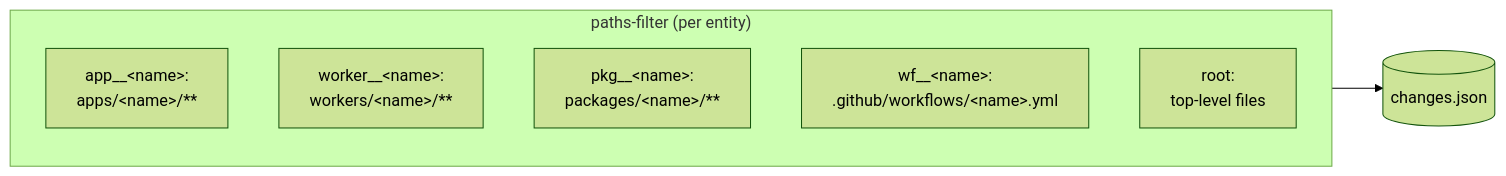
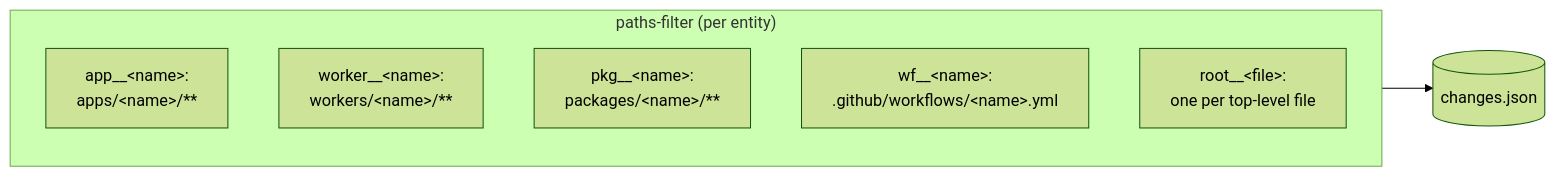
One commit to soroush-tech/core changed the third of 6 diagrams in .github/workflows/README.md. Above: the diagram before and after it, drawn with Mermaid (forest theme). The commit also changed other lines of this file and 21 other files, not shown here.

````diff
--- a/.github/workflows/README.md
+++ b/.github/workflows/README.md
@@ -116,11 +124,11 @@
 ```mermaid
 flowchart LR
     subgraph filters["paths-filter (per entity)"]
         appf["app__&lt;name&gt;:<br/>apps/&lt;name&gt;/**"]
         workerf["worker__&lt;name&gt;:<br/>workers/&lt;name&gt;/**"]
         pkgf["pkg__&lt;name&gt;:<br/>packages/&lt;name&gt;/**"]
         wff["wf__&lt;name&gt;:<br/>.github/workflows/&lt;name&gt;.yml"]
-        rootf["root:<br/>top-level files"]
+        rootf["root__&lt;file&gt;:<br/>one per top-level file"]
     end
     filters --> cj[("changes.json")]
 ```
````
